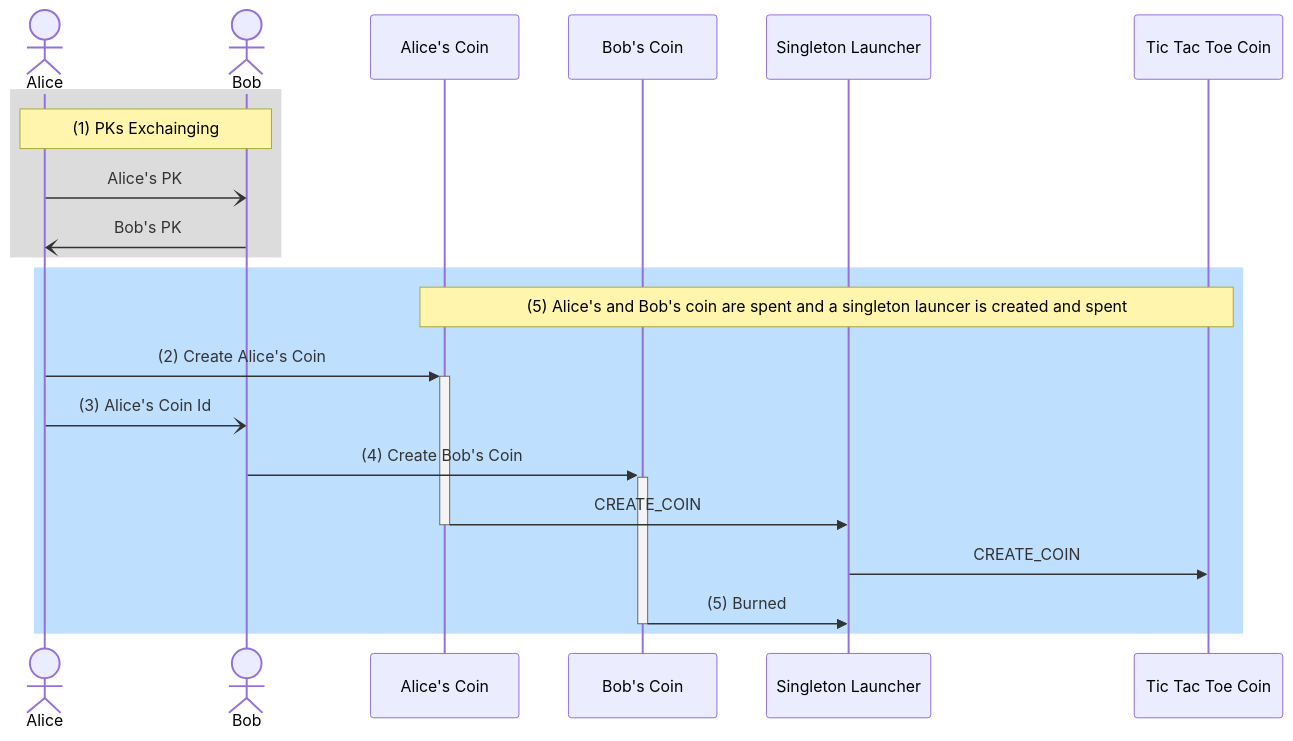
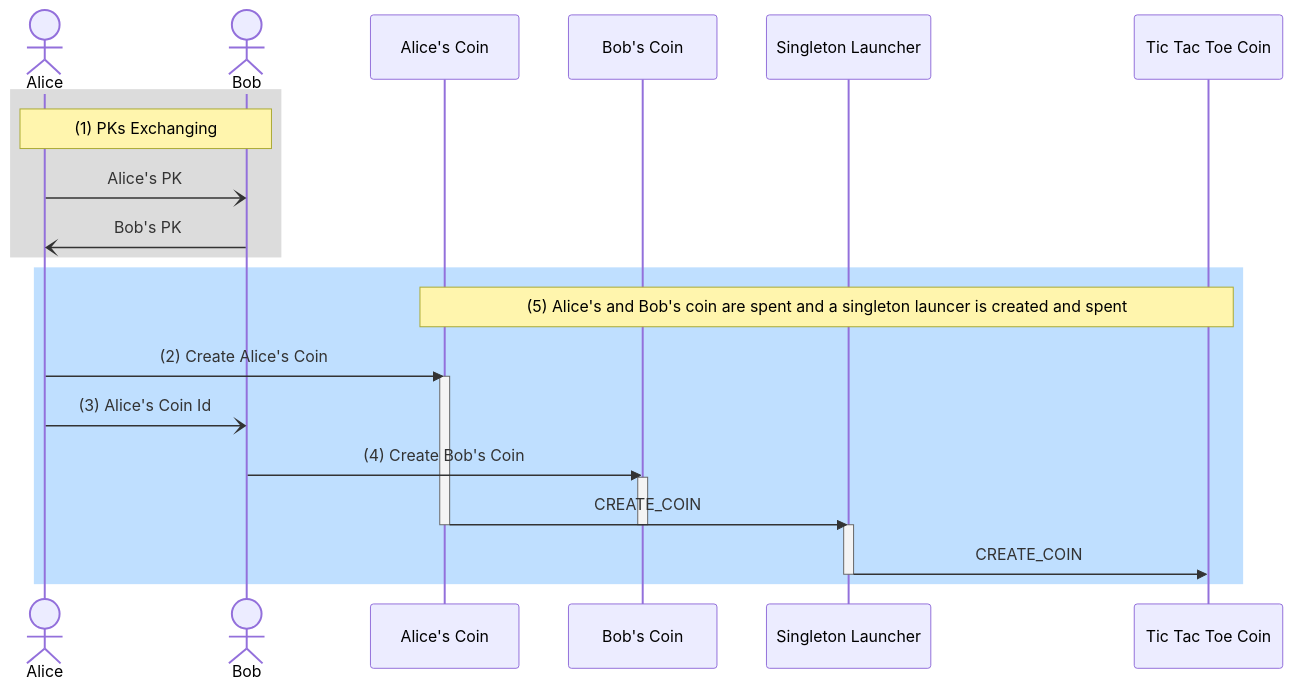
Before and after one commit to kimsk/chia-tic-tac-toe: the first of 3 diagrams in README.md, drawn with Mermaid. The commit also changed other lines of this file, not shown here.

````diff
--- a/README.md
+++ b/README.md
@@ -59,25 +59,30 @@
 ```mermaid
 sequenceDiagram;
     actor A as Alice;
     actor B as Bob;
     participant a as Alice's Coin;
     participant b as Bob's Coin;
     participant s as Singleton Launcher
     participant t as Tic Tac Toe Coin;
 
     rect rgb(220, 220, 220);
-    note over A,B: (1) PKs Exchainging;
+    note over A,B: (1) PKs Exchanging;
     A-)B: Alice's PK;
     B-)A: Bob's PK;
     end;
 
     rect rgb(191, 223, 255);
     note over a,t: (5) Alice's and Bob's coin are spent and a singleton launcer is created and spent;
-    A->>+a: (2) Create Alice's Coin; 
+    A->>a: (2) Create Alice's Coin;
+    activate a
     A-)B: (3) Alice's Coin Id; 
-    B->>+b: (4) Create Bob's Coin;
-    a->>-s: CREATE_COIN
+    B->>b: (4) Create Bob's Coin;
+    activate b
+    a->>s: CREATE_COIN
+    deactivate a
+    deactivate b
+    activate s
     s->>t: CREATE_COIN
-    b->>-s: (5) Burned 
+    deactivate s
     end;
 ```
````
